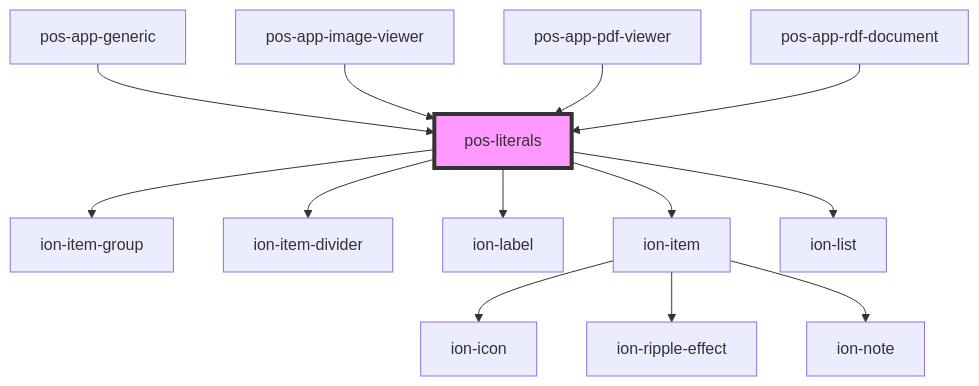
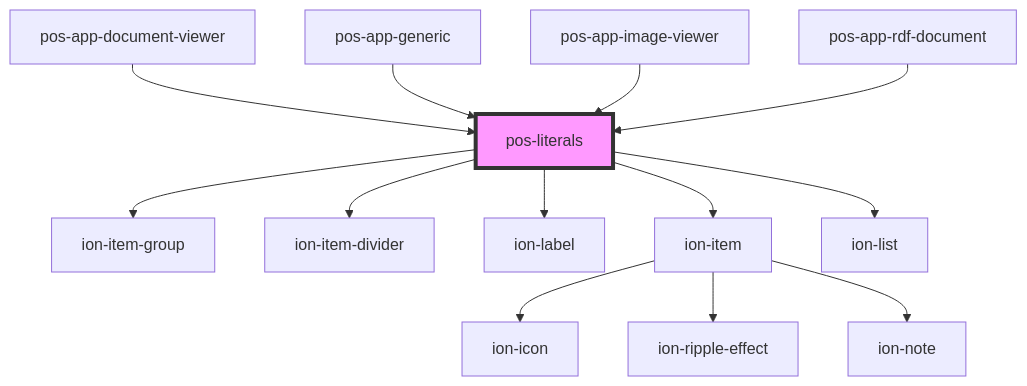
Before and after one commit to pod-os/PodOS: the diagram in docs/elements/components/pos-literals/readme.md, drawn with Mermaid. The commit also changed other lines of this file and 10 other files, not shown here.

````diff
--- a/docs/elements/components/pos-literals/readme.md
+++ b/docs/elements/components/pos-literals/readme.md
@@ -33,16 +33,16 @@
 ```mermaid
 graph TD;
   pos-literals --> ion-item-group
   pos-literals --> ion-item-divider
   pos-literals --> ion-label
   pos-literals --> ion-item
   pos-literals --> ion-list
   ion-item --> ion-icon
   ion-item --> ion-ripple-effect
   ion-item --> ion-note
+  pos-app-document-viewer --> pos-literals
   pos-app-generic --> pos-literals
   pos-app-image-viewer --> pos-literals
-  pos-app-pdf-viewer --> pos-literals
   pos-app-rdf-document --> pos-literals
   style pos-literals fill:#f9f,stroke:#333,stroke-width:4px
 ```
````
